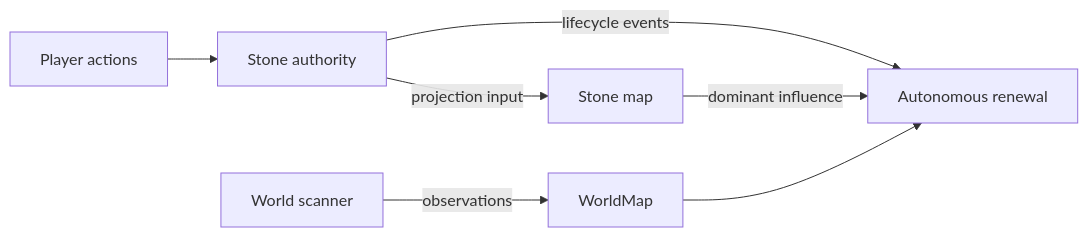
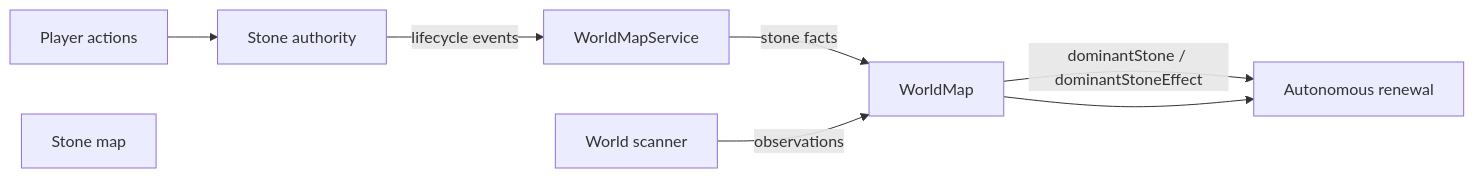
Before and after one commit to olilanz/memento-mc: the first of 4 diagrams in ARCHITECTURE.md, drawn with Mermaid. The commit also changed other lines of this file and 1 other file, not shown here.

````diff
--- a/ARCHITECTURE.md
+++ b/ARCHITECTURE.md
@@ -54,16 +54,16 @@
 ``` mermaid
 flowchart LR
     Player[Player actions]
     StoneAuthority[Stone authority]
     StoneMap[Stone map]
     Scanner[World scanner]
     WorldMap[WorldMap]
     Renewal[Autonomous renewal]
 
     Player --> StoneAuthority
-    StoneAuthority -->|lifecycle events| Renewal
-    StoneAuthority -->|projection input| StoneMap
-    StoneMap -->|dominant influence| Renewal
+    StoneAuthority -->|lifecycle events| WorldMapService
+    WorldMapService -->|stone facts| WorldMap
+    WorldMap -->|dominantStone / dominantStoneEffect| Renewal
     Scanner -->|observations| WorldMap
     WorldMap --> Renewal
 ```
````
